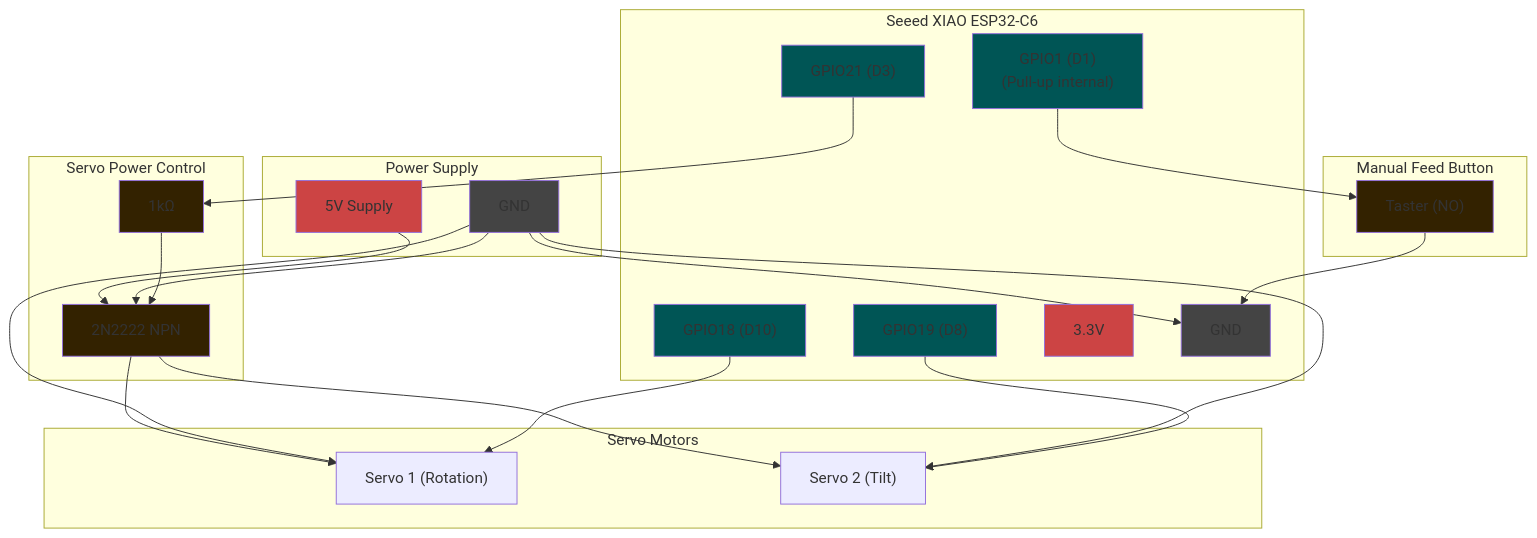
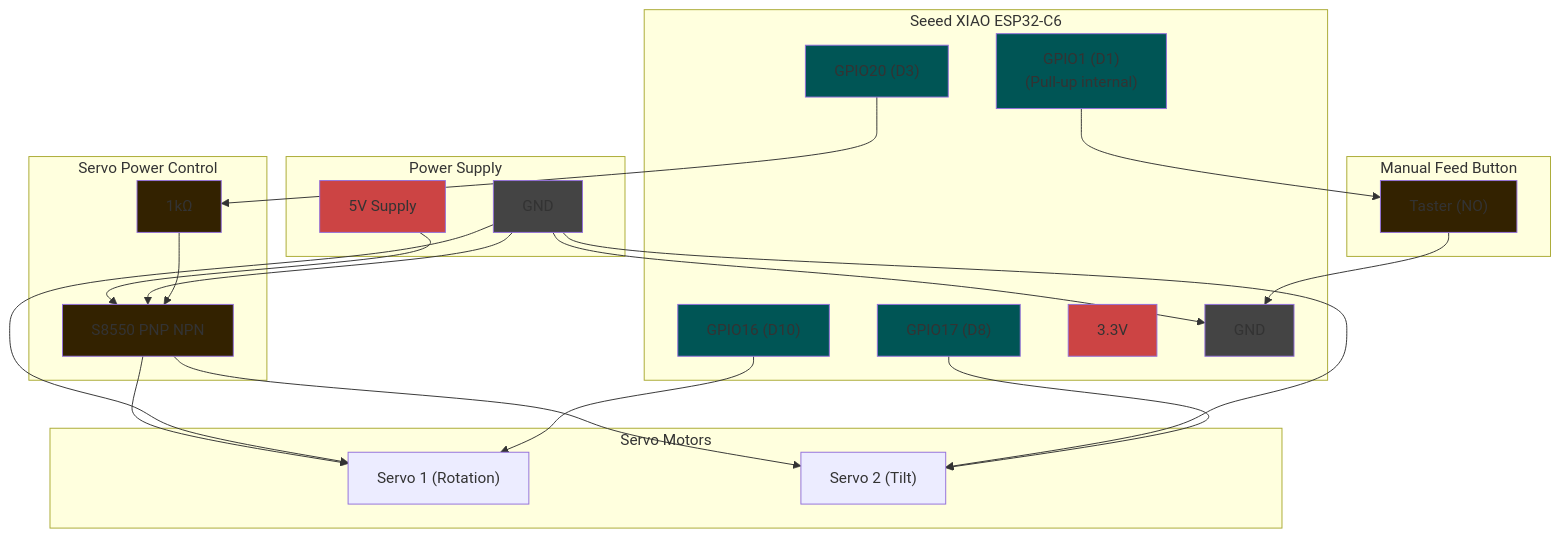
One commit to Friedjof/AutomaticChickenFeeder changed the first of 3 diagrams in docs/circuit_diagram.md. Above: the diagram before and after it, drawn with Mermaid. The commit also changed other lines of this file and 4 other files, not shown here.

Commit message:
feat: update README, circuit diagrams, and troubleshooting guide for servo power control; refactor feeding component for improved PWM handling and state management

````diff
--- a/docs/circuit_diagram.md
+++ b/docs/circuit_diagram.md
@@ -9,61 +9,61 @@
 ```mermaid
 graph TD
     subgraph ESP32C6["Seeed XIAO ESP32-C6"]
         GPIO1["GPIO1 (D1)<br/>(Pull-up internal)"]
-        GPIO18["GPIO18 (D10)"]
-        GPIO19["GPIO19 (D8)"]
-        GPIO21["GPIO21 (D3)"]
+        GPIO16["GPIO16 (D10)"]
+        GPIO17["GPIO17 (D8)"]
+        GPIO20["GPIO20 (D3)"]
         VCC3V3["3.3V"]
         GND_ESP["GND"]
     end
     
     subgraph Power["Power Supply"]
         VCC5V["5V Supply"]
         GND_PWR["GND"]
     end
     
     subgraph Button["Manual Feed Button"]
         BTN["Taster (NO)"]
     end
     
     subgraph ServoControl["Servo Power Control"]
         R1["1kΩ"]
-        Q1["2N2222 NPN"]
+        Q1["S8550 PNP NPN"]
     end
     
     subgraph Servos["Servo Motors"]
         SERVO1["Servo 1 (Rotation)"]
         SERVO2["Servo 2 (Tilt)"]
     end
     
     %% Power flow through transistor control
     VCC5V --> Q1
     Q1 --> SERVO1
     Q1 --> SERVO2
     GND_PWR --> Q1
     GND_PWR --> SERVO1
     GND_PWR --> SERVO2
     GND_PWR --> GND_ESP
     
     %% Button circuit (simplified - pull-up is internal)
     GPIO1 --> BTN
     BTN --> GND_ESP
     
     %% Servo power control
-    GPIO21 --> R1
+    GPIO20 --> R1
     R1 --> Q1
     
     %% Servo signal connections
-    GPIO18 --> SERVO1
-    GPIO19 --> SERVO2
+    GPIO16 --> SERVO1
+    GPIO17 --> SERVO2
     
     classDef vcc fill:#cc4444
     classDef gnd fill:#444444
     classDef signal fill:#005555
     classDef control fill:#332200
     
     class VCC5V,VCC3V3 vcc
     class GND_ESP,GND_PWR gnd
-    class GPIO1,GPIO18,GPIO19,GPIO21 signal
+    class GPIO1,GPIO16,GPIO17,GPIO20 signal
     class Q1,R1,BTN control
 ```
````
